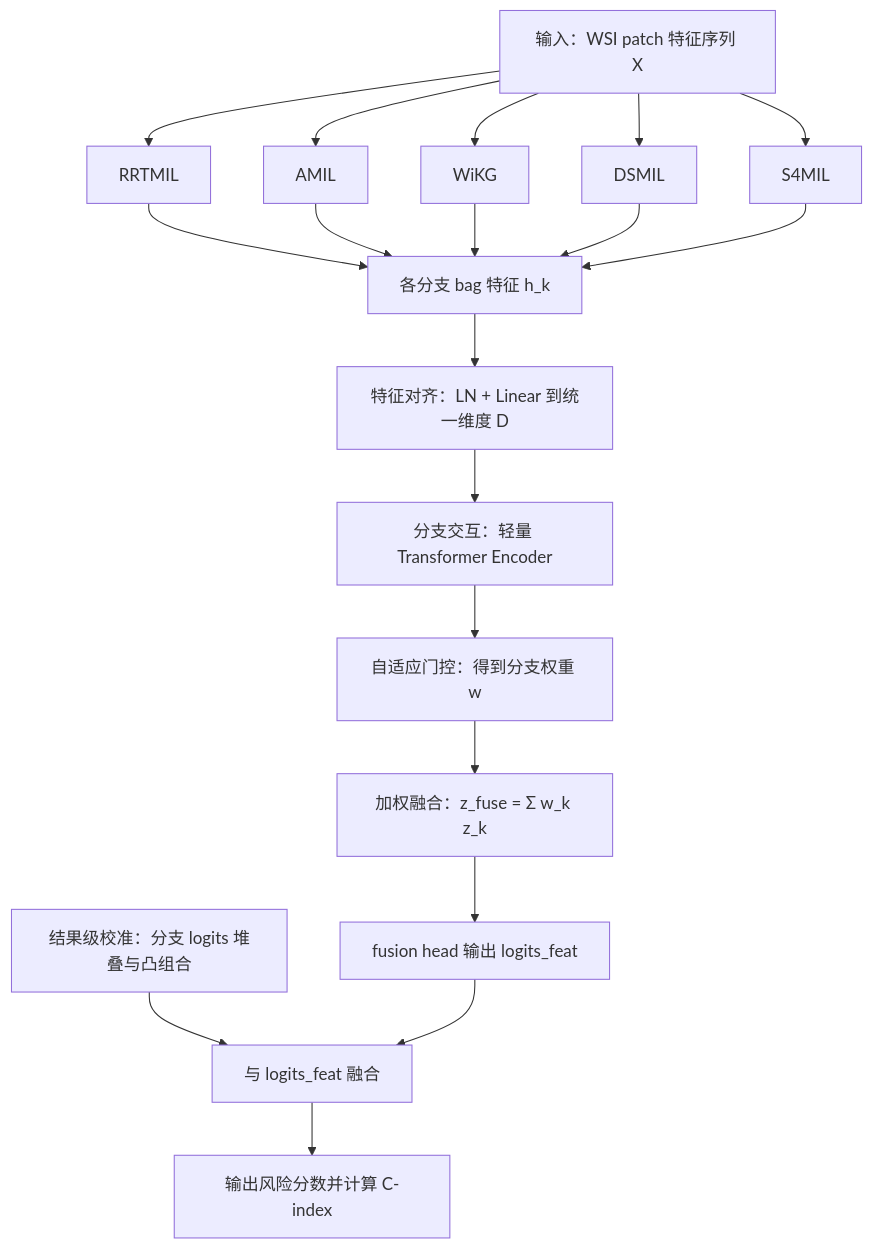
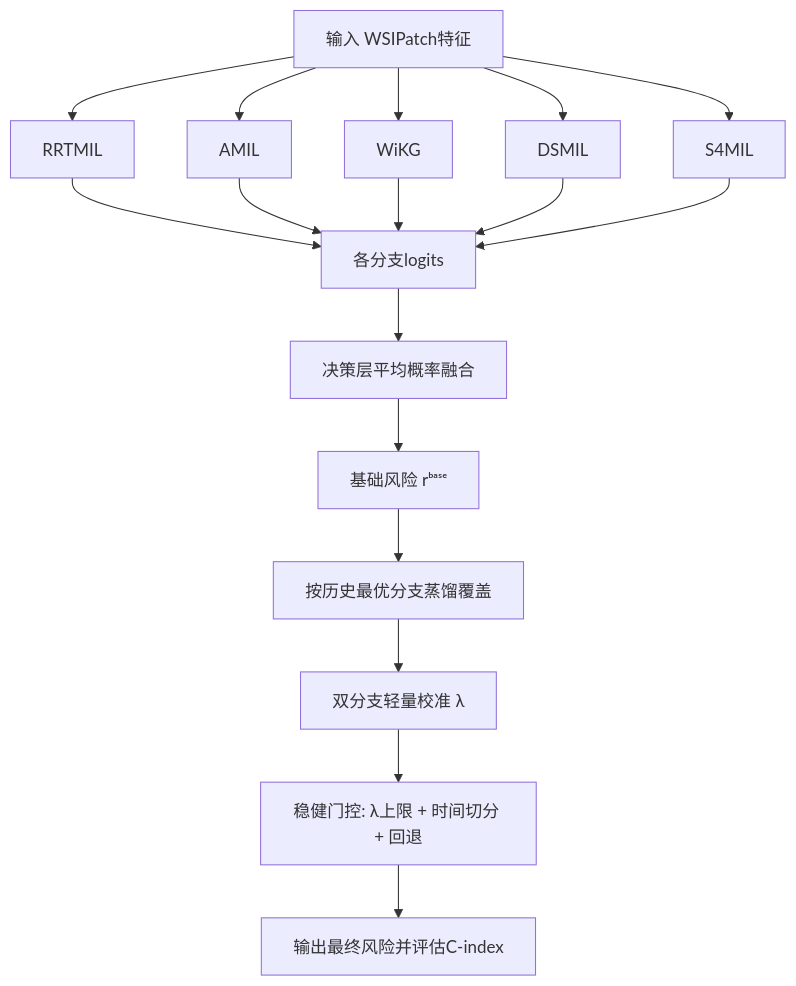
One commit to AlexRobin04/lung-cancer-survival-prediction changed the first of 6 diagrams in ViLa-MIL/docs/第3章_基于特征对齐与自适应门控融合的集成学习方法_论文用稿.md. Above: the diagram before and after it, drawn with Mermaid. The commit also changed other lines of this file and 25 other files, not shown here.

````diff
--- a/ViLa-MIL/docs/第3章_基于特征对齐与自适应门控融合的集成学习方法_论文用稿.md
+++ b/ViLa-MIL/docs/第3章_基于特征对齐与自适应门控融合的集成学习方法_论文用稿.md
@@ -27,24 +37,21 @@
 ```mermaid
 flowchart TB
-  A["输入：WSI patch 特征序列 X"] --> B1["RRTMIL"]
-  A --> B2["AMIL"]
-  A --> B3["WiKG"]
-  A --> B4["DSMIL"]
-  A --> B5["S4MIL"]
+  A[输入 WSIPatch特征] --> B1[RRTMIL]
+  A --> B2[AMIL]
+  A --> B3[WiKG]
+  A --> B4[DSMIL]
+  A --> B5[S4MIL]
 
-  B1 --> C["各分支 bag 特征 h_k"]
+  B1 --> C[各分支logits]
   B2 --> C
   B3 --> C
   B4 --> C
   B5 --> C
 
-  C --> D["特征对齐：LN + Linear 到统一维度 D"]
-  D --> E["分支交互：轻量 Transformer Encoder"]
-  E --> F["自适应门控：得到分支权重 w"]
-  F --> G["加权融合：z_fuse = Σ w_k z_k"]
-  G --> H["fusion head 输出 logits_feat"]
-
-  I["结果级校准：分支 logits 堆叠与凸组合"] --> J["与 logits_feat 融合"]
-  H --> J
-  J --> K["输出风险分数并计算 C-index"]
+  C --> D[决策层平均概率融合]
+  D --> E[基础风险 rᵇᵃˢᵉ]
+  E --> F[按历史最优分支蒸馏覆盖]
+  F --> G[双分支轻量校准 λ]
+  G --> H[稳健门控: λ上限 + 时间切分 + 回退]
+  H --> I[输出最终风险并评估C-index]
 ```
````
